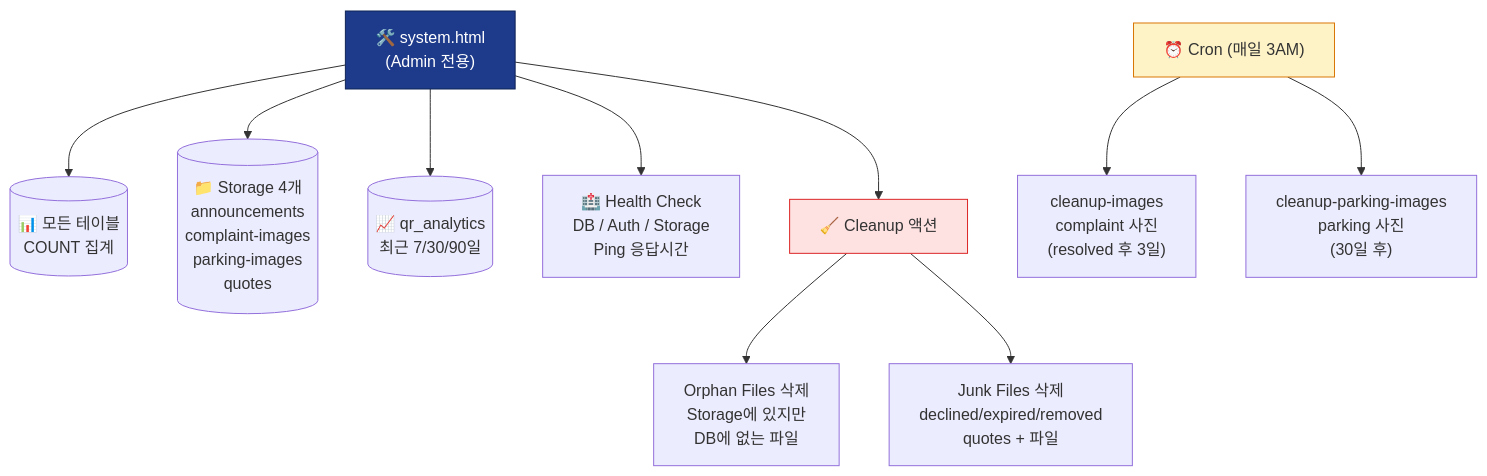
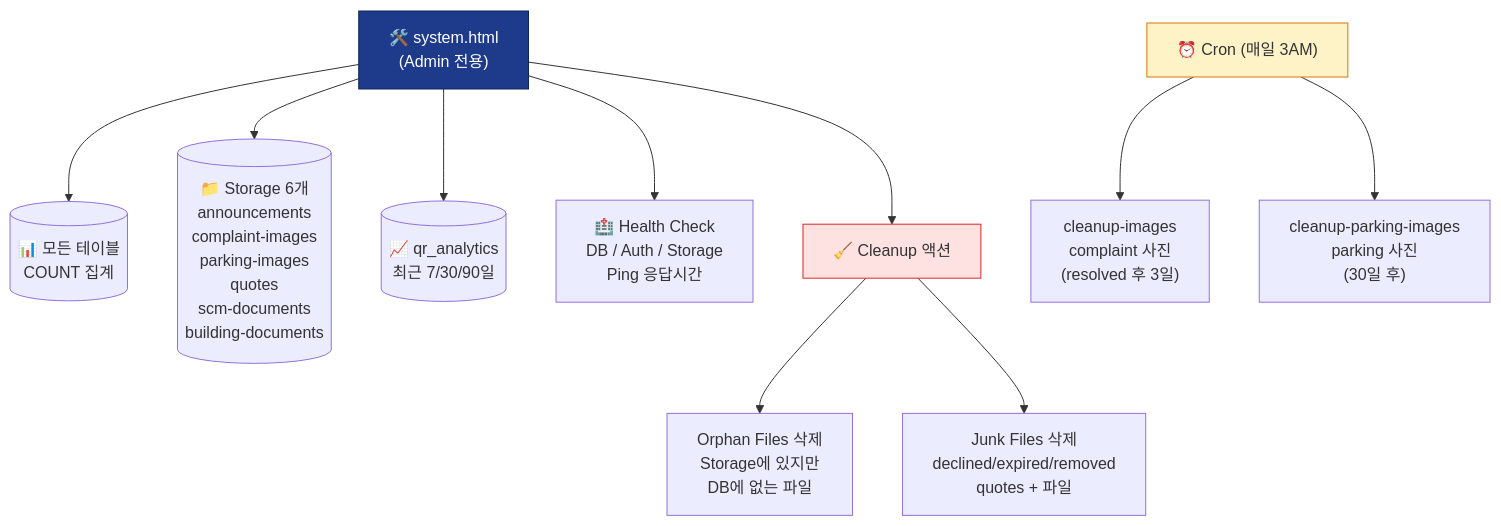
One commit to sp77249redmyre-eng/sca-redmyre changed the ninth of 12 diagrams in docs/Redmyre_BMS_Master_Manual_Part2.md. Above: the diagram before and after it, drawn with Mermaid. The commit also changed other lines of this file and 3 other files, not shown here.

````diff
--- a/docs/Redmyre_BMS_Master_Manual_Part2.md
+++ b/docs/Redmyre_BMS_Master_Manual_Part2.md
@@ -362,33 +362,33 @@
 ```mermaid
 flowchart TB
     SYS["🛠️ system.html<br/>(Admin 전용)"]
     
     Tables[("📊 모든 테이블<br/>COUNT 집계")]
-    Storage[("📁 Storage 4개<br/>announcements<br/>complaint-images<br/>parking-images<br/>quotes")]
+    Storage[("📁 Storage 6개<br/>announcements<br/>complaint-images<br/>parking-images<br/>quotes<br/>scm-documents<br/>building-documents")]
     QR[("📈 qr_analytics<br/>최근 7/30/90일")]
     Health["🏥 Health Check<br/>DB / Auth / Storage<br/>Ping 응답시간"]
     
     Cleanup["🧹 Cleanup 액션"]
     Orphan["Orphan Files 삭제<br/>Storage에 있지만<br/>DB에 없는 파일"]
     Junk["Junk Files 삭제<br/>declined/expired/removed<br/>quotes + 파일"]
     
     Cron["⏰ Cron (매일 3AM)"]
     CC1["cleanup-images<br/>complaint 사진<br/>(resolved 후 3일)"]
     CC2["cleanup-parking-images<br/>parking 사진<br/>(30일 후)"]
     
     SYS --> Tables
     SYS --> Storage
     SYS --> QR
     SYS --> Health
     SYS --> Cleanup
     
     Cleanup --> Orphan
     Cleanup --> Junk
     
     Cron --> CC1
     Cron --> CC2
     
     style SYS fill:#1e3a8a,stroke:#0f2456,color:#fff
     style Cleanup fill:#fee2e2,stroke:#dc2626
     style Cron fill:#fef3c7,stroke:#d97706
 ```
````
